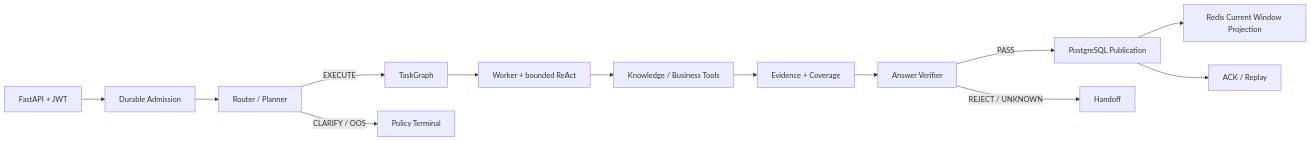
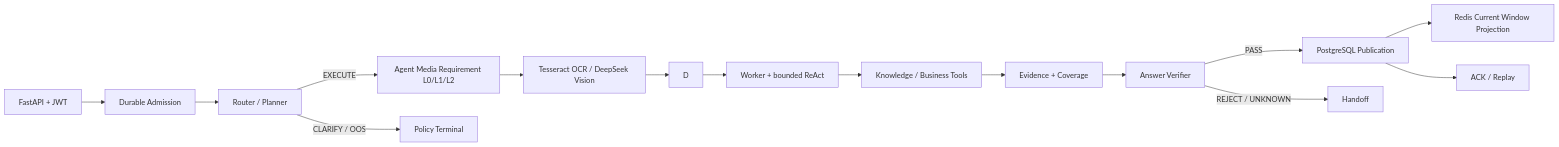
The first of 2 diagrams in README.md (Garrulus21yyx/DialogPilot), drawn with Mermaid before and after one commit. The commit also changed other lines of this file and 4 other files, not shown here.

````diff
--- a/README.md
+++ b/README.md
@@ -67,15 +87,17 @@
 ```mermaid
 flowchart LR
     A[FastAPI + JWT] --> B[Durable Admission]
     B --> C[Router / Planner]
-    C -->|EXECUTE| D[TaskGraph]
+    C -->|EXECUTE| N[Agent Media Requirement L0/L1/L2]
+    N --> O[Tesseract OCR / DeepSeek Vision]
+    O --> D
     C -->|CLARIFY / OOS| K[Policy Terminal]
     D --> E[Worker + bounded ReAct]
     E --> F[Knowledge / Business Tools]
     F --> G[Evidence + Coverage]
     G --> H[Answer Verifier]
     H -->|PASS| I[PostgreSQL Publication]
     H -->|REJECT / UNKNOWN| J[Handoff]
     I --> L[Redis Current Window Projection]
     I --> M[ACK / Replay]
 ```
````
